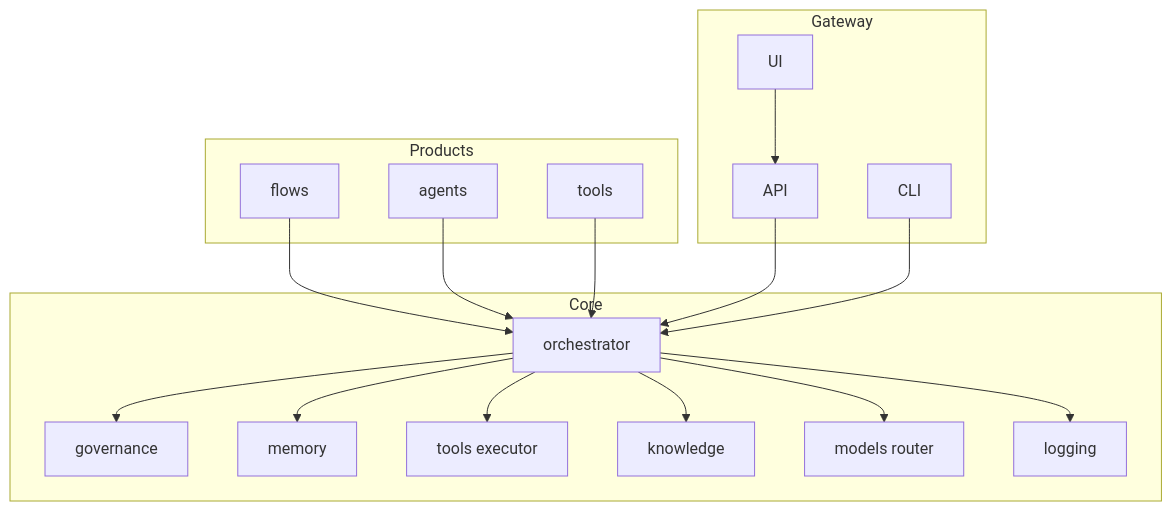
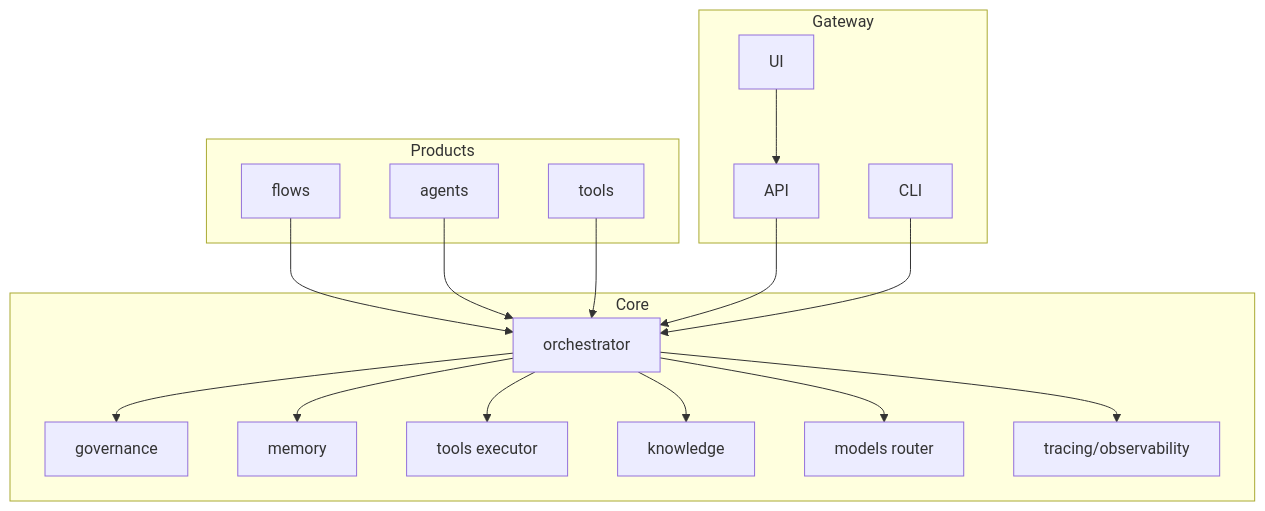
One commit to chethanp11/master changed the first of 5 diagrams in docs/overview.md. Above: the diagram before and after it, drawn with Mermaid. The commit also changed other lines of this file and 71 other files, not shown here.

````diff
--- a/docs/overview.md
+++ b/docs/overview.md
@@ -28,36 +28,36 @@
 ```mermaid
 flowchart TB
   subgraph Products
     P1[flows]
     P2[agents]
     P3[tools]
   end
   subgraph Core
     O[orchestrator]
     G[governance]
     M[memory]
     T[tools executor]
     K[knowledge]
     R[models router]
-    L[logging]
+    L[tracing/observability]
   end
   subgraph Gateway
     A[API]
     U[UI]
     C[CLI]
   end
 
   P1 --> O
   P2 --> O
   P3 --> O
   A --> O
   C --> O
   U --> A
 
   O --> G
   O --> M
   O --> T
   O --> K
   O --> R
   O --> L
 ```
````
